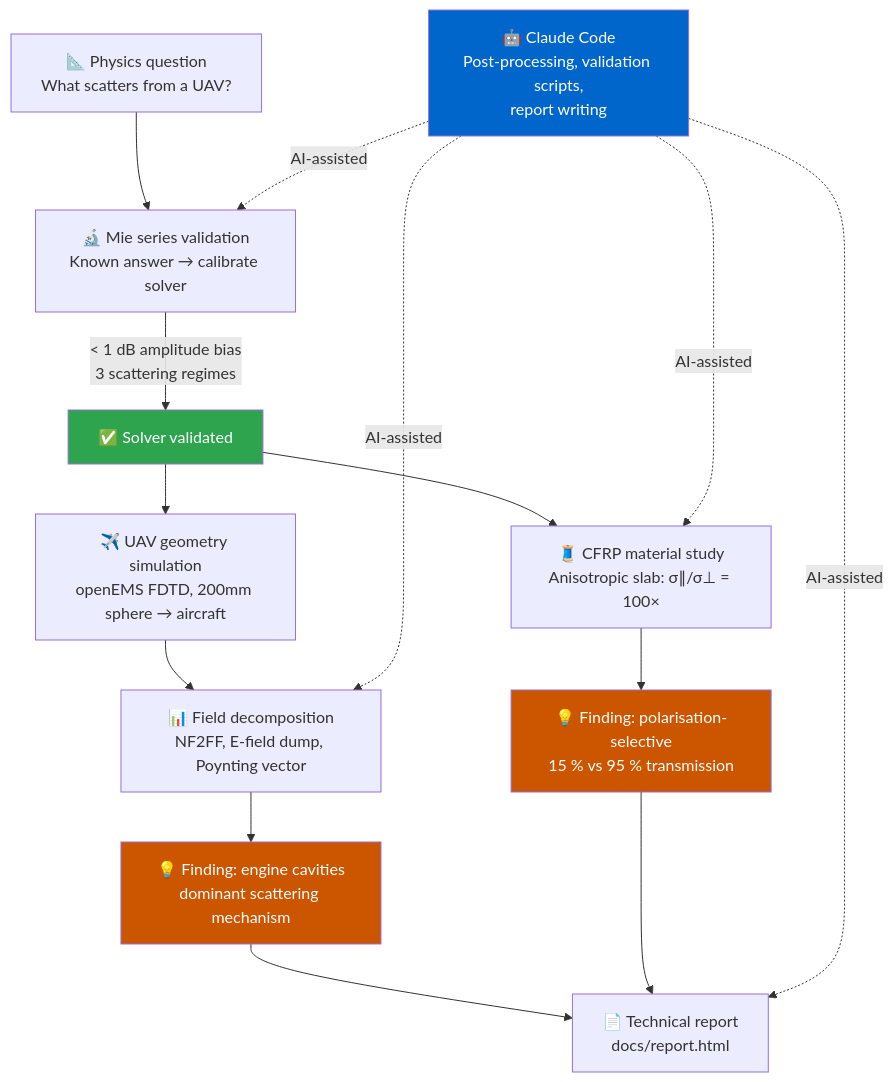
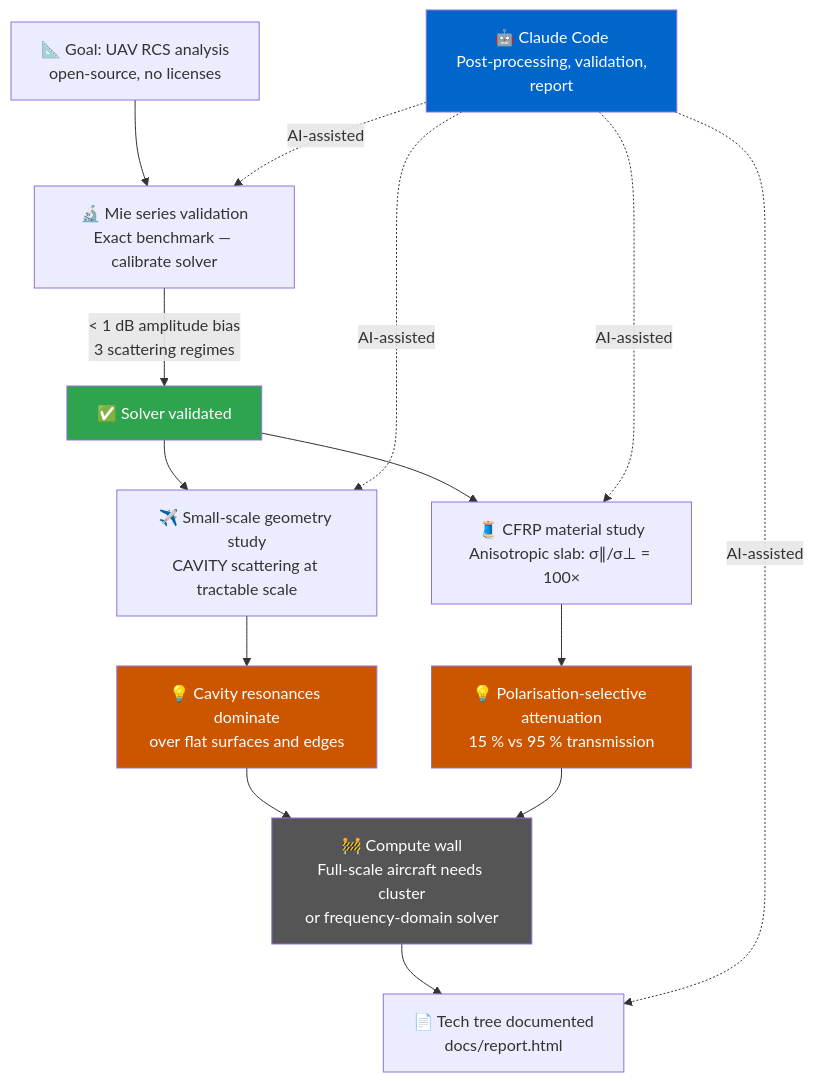
The diagram in linkedin_article_draft.md (lpurdy01/rcs), drawn with Mermaid before and after one commit. The commit also changed other lines of this file, not shown here.

````diff
--- a/linkedin_article_draft.md
+++ b/linkedin_article_draft.md
@@ -151,22 +135,23 @@
 ```mermaid
 flowchart TD
-    A["📐 Physics question\nWhat scatters from a UAV?"] --> B["🔬 Mie series validation\nKnown answer → calibrate solver"]
+    A["📐 Goal: UAV RCS analysis\nopen-source, no licenses"] --> B["🔬 Mie series validation\nExact benchmark — calibrate solver"]
     B -->|"< 1 dB amplitude bias\n3 scattering regimes"| C["✅ Solver validated"]
-    C --> D["✈️ UAV geometry simulation\nopenEMS FDTD, 200mm sphere → aircraft"]
-    D --> E["📊 Field decomposition\nNF2FF, E-field dump, Poynting vector"]
-    E --> F["💡 Finding: engine cavities\ndominant scattering mechanism"]
+    C --> D["✈️ Small-scale geometry study\nCAVITY scattering at tractable scale"]
+    D --> E["💡 Cavity resonances dominate\nover flat surfaces and edges"]
     C --> M["🧵 CFRP material study\nAnisotropic slab: σ∥/σ⊥ = 100×"]
-    M --> N["💡 Finding: polarisation-selective\n15 % vs 95 % transmission"]
-    F --> G["📄 Technical report\ndocs/report.html"]
-    N --> G
+    M --> N["💡 Polarisation-selective attenuation\n15 % vs 95 % transmission"]
+    E --> W["🚧 Compute wall\nFull-scale aircraft needs cluster\nor frequency-domain solver"]
+    N --> W
+    W --> G["📄 Tech tree documented\ndocs/report.html"]
 
-    H["🤖 Claude Code\nPost-processing, validation scripts,\nreport writing"] -.->|"AI-assisted"| B
-    H -.->|"AI-assisted"| E
+    H["🤖 Claude Code\nPost-processing, validation,\nreport"] -.->|"AI-assisted"| B
+    H -.->|"AI-assisted"| D
     H -.->|"AI-assisted"| M
     H -.->|"AI-assisted"| G
 
     style C fill:#2ea44f,color:#fff
-    style F fill:#cc5500,color:#fff
+    style E fill:#cc5500,color:#fff
     style N fill:#cc5500,color:#fff
+    style W fill:#555555,color:#fff
     style H fill:#0066cc,color:#fff
 ```
````
